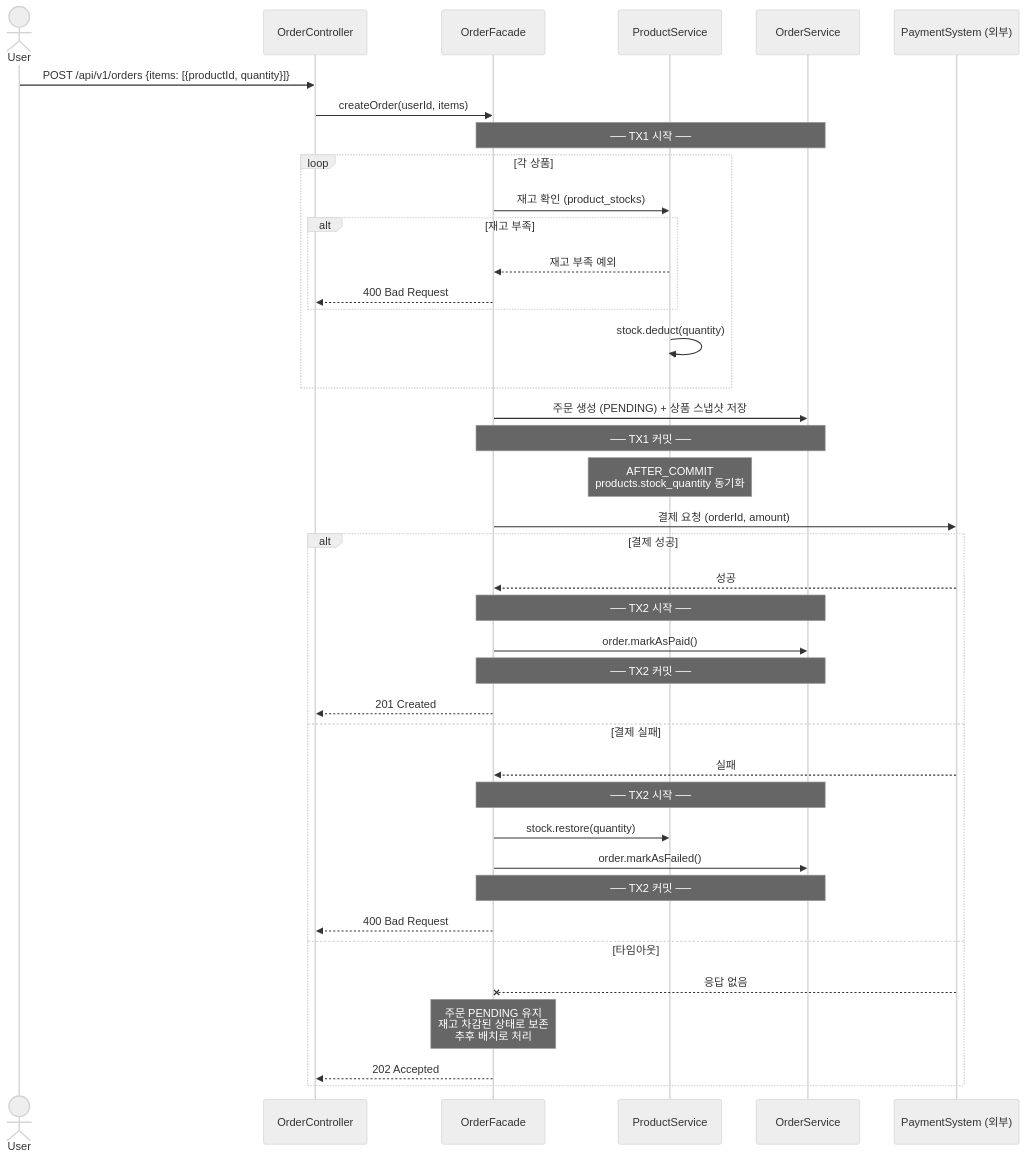
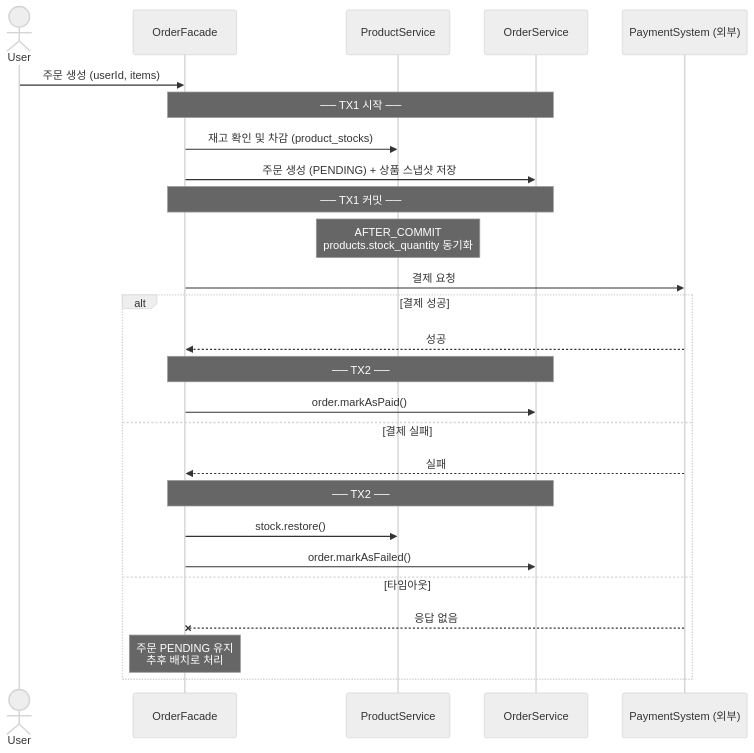
Before and after one commit to yeonjoo7/loop-pack-be-l2-vol4-kotlin: the second of 2 diagrams in docs/week2/02-sequence-diagrams.md, drawn with Mermaid (neutral theme).

Commit message:
docs: simplify order sequence diagram
- API 경로 및 에러 분기 제거
- Controller 레이어 제거, Facade부터 시작
- TX 경계와 결제 결과 분기에 집중

https://claude.ai/code/session_019WBWjefkgawTKtp8sDjSwL

````diff
--- a/docs/week2/02-sequence-diagrams.md
+++ b/docs/week2/02-sequence-diagrams.md
@@ -61,46 +61,32 @@
 ```mermaid
 sequenceDiagram
     actor User
-    participant API as OrderController
     participant Facade as OrderFacade
     participant ProdSvc as ProductService
     participant OrdSvc as OrderService
     participant Pay as PaymentSystem (외부)
 
-    User->>API: POST /api/v1/orders {items: [{productId, quantity}]}
-    API->>Facade: createOrder(userId, items)
+    User->>Facade: 주문 생성 (userId, items)
 
     Note over Facade,OrdSvc: ── TX1 시작 ──
-    loop 각 상품
-        Facade->>ProdSvc: 재고 확인 (product_stocks)
-        alt 재고 부족
-            ProdSvc-->>Facade: 재고 부족 예외
-            Facade-->>API: 400 Bad Request
-        end
-        ProdSvc->>ProdSvc: stock.deduct(quantity)
-    end
+    Facade->>ProdSvc: 재고 확인 및 차감 (product_stocks)
     Facade->>OrdSvc: 주문 생성 (PENDING) + 상품 스냅샷 저장
     Note over Facade,OrdSvc: ── TX1 커밋 ──
     Note over ProdSvc: AFTER_COMMIT<br/>products.stock_quantity 동기화
 
-    Facade->>Pay: 결제 요청 (orderId, amount)
+    Facade->>Pay: 결제 요청
 
     alt 결제 성공
         Pay-->>Facade: 성공
-        Note over Facade,OrdSvc: ── TX2 시작 ──
+        Note over Facade,OrdSvc: ── TX2 ──
         Facade->>OrdSvc: order.markAsPaid()
-        Note over Facade,OrdSvc: ── TX2 커밋 ──
-        Facade-->>API: 201 Created
     else 결제 실패
         Pay-->>Facade: 실패
-        Note over Facade,OrdSvc: ── TX2 시작 ──
-        Facade->>ProdSvc: stock.restore(quantity)
+        Note over Facade,OrdSvc: ── TX2 ──
+        Facade->>ProdSvc: stock.restore()
         Facade->>OrdSvc: order.markAsFailed()
-        Note over Facade,OrdSvc: ── TX2 커밋 ──
-        Facade-->>API: 400 Bad Request
     else 타임아웃
         Pay--xFacade: 응답 없음
-        Note over Facade: 주문 PENDING 유지<br/>재고 차감된 상태로 보존<br/>추후 배치로 처리
-        Facade-->>API: 202 Accepted
+        Note over Facade: 주문 PENDING 유지<br/>추후 배치로 처리
     end
 ```
````
